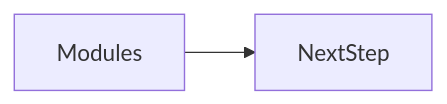
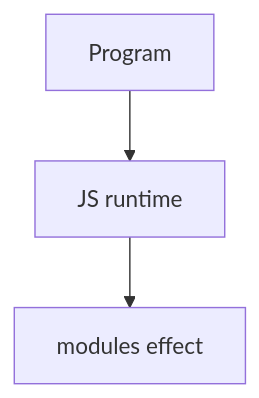
The second of 2 diagrams in docs/en/06-javascript/modules/index.md (OmidJavaherii/Frontend-Engineering-Handbook), drawn with Mermaid before and after one commit. The commit also changed other lines of this file and 461 other files, not shown here.

````diff
--- a/docs/en/06-javascript/modules/index.md
+++ b/docs/en/06-javascript/modules/index.md
@@ -94,4 +108,5 @@
 ```mermaid
-flowchart LR
-  concept[Modules] --> nextStep[NextStep]
+flowchart TD
+  Code[Program] --> Runtime[JS runtime]
+  Runtime --> Effect[modules effect]
 ```
````
